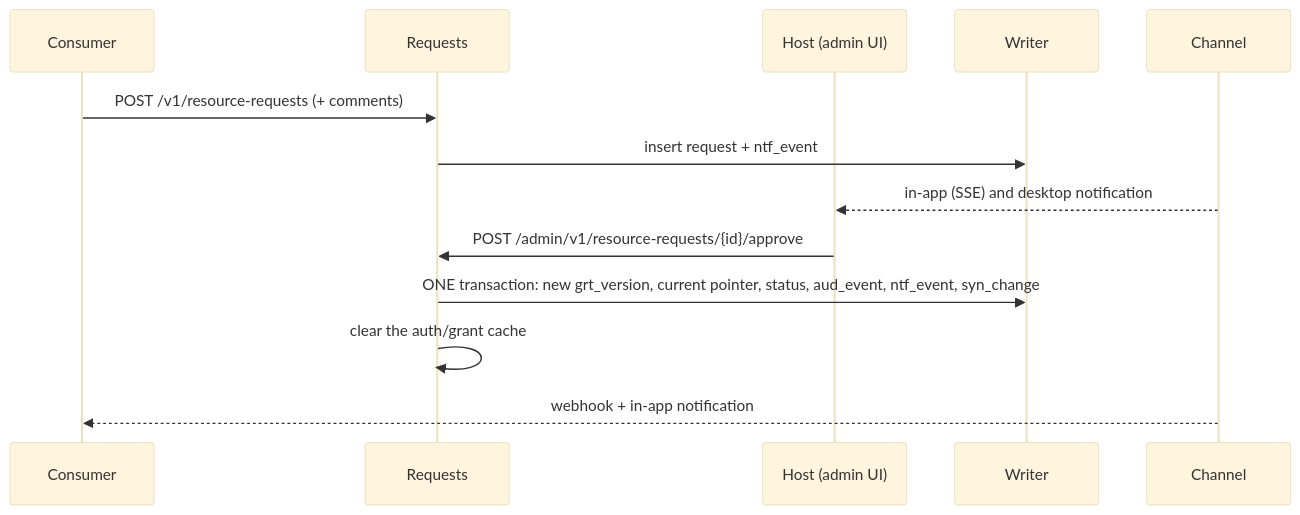
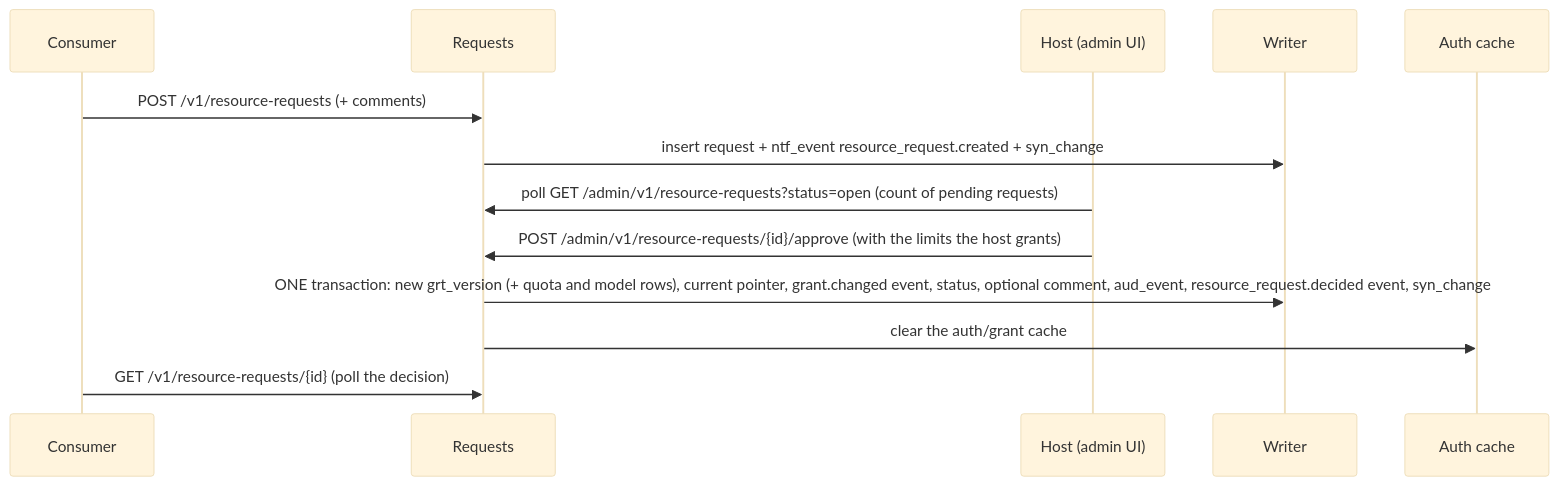
The seventh of 10 diagrams in docs/design_docs/lld.md (inCoderKaka/local-server), drawn with Mermaid (base theme) before and after one commit. The commit also changed other lines of this file, not shown here.

````diff
--- a/docs/design_docs/lld.md
+++ b/docs/design_docs/lld.md
@@ -330,15 +406,15 @@
 ```mermaid
 sequenceDiagram
   participant Co as Consumer
   participant R as Requests
   participant H as Host (admin UI)
   participant W as Writer
-  participant N as Channel
+  participant A as Auth cache
   Co->>R: POST /v1/resource-requests (+ comments)
-  R->>W: insert request + ntf_event
-  N-->>H: in-app (SSE) and desktop notification
-  H->>R: POST /admin/v1/resource-requests/{id}/approve
-  R->>W: ONE transaction: new grt_version, current pointer, status, aud_event, ntf_event, syn_change
-  R->>R: clear the auth/grant cache
-  N-->>Co: webhook + in-app notification
+  R->>W: insert request + ntf_event resource_request.created + syn_change
+  H->>R: poll GET /admin/v1/resource-requests?status=open (count of pending requests)
+  H->>R: POST /admin/v1/resource-requests/{id}/approve (with the limits the host grants)
+  R->>W: ONE transaction: new grt_version (+ quota and model rows), current pointer, grant.changed event, status, optional comment, aud_event, resource_request.decided event, syn_change
+  R->>A: clear the auth/grant cache
+  Co->>R: GET /v1/resource-requests/{id} (poll the decision)
 ```
````
